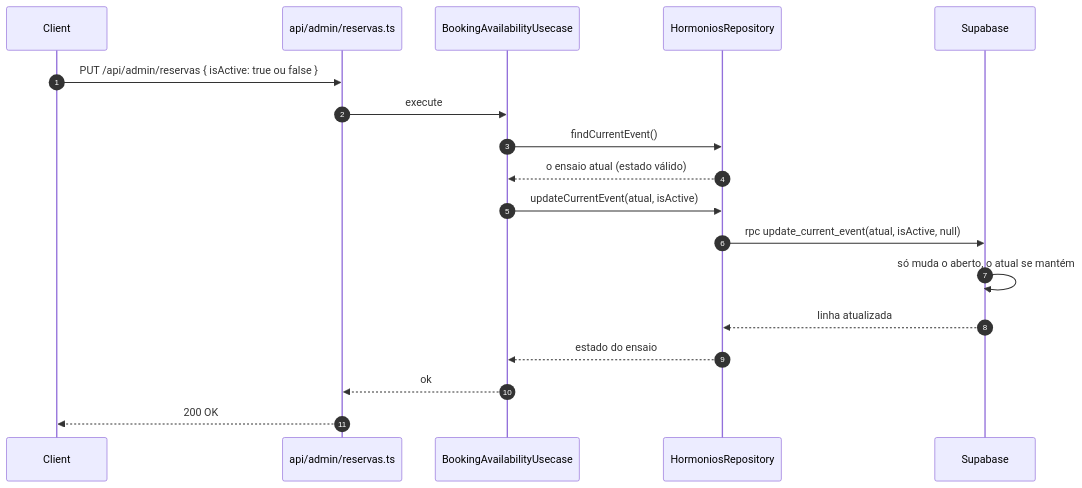
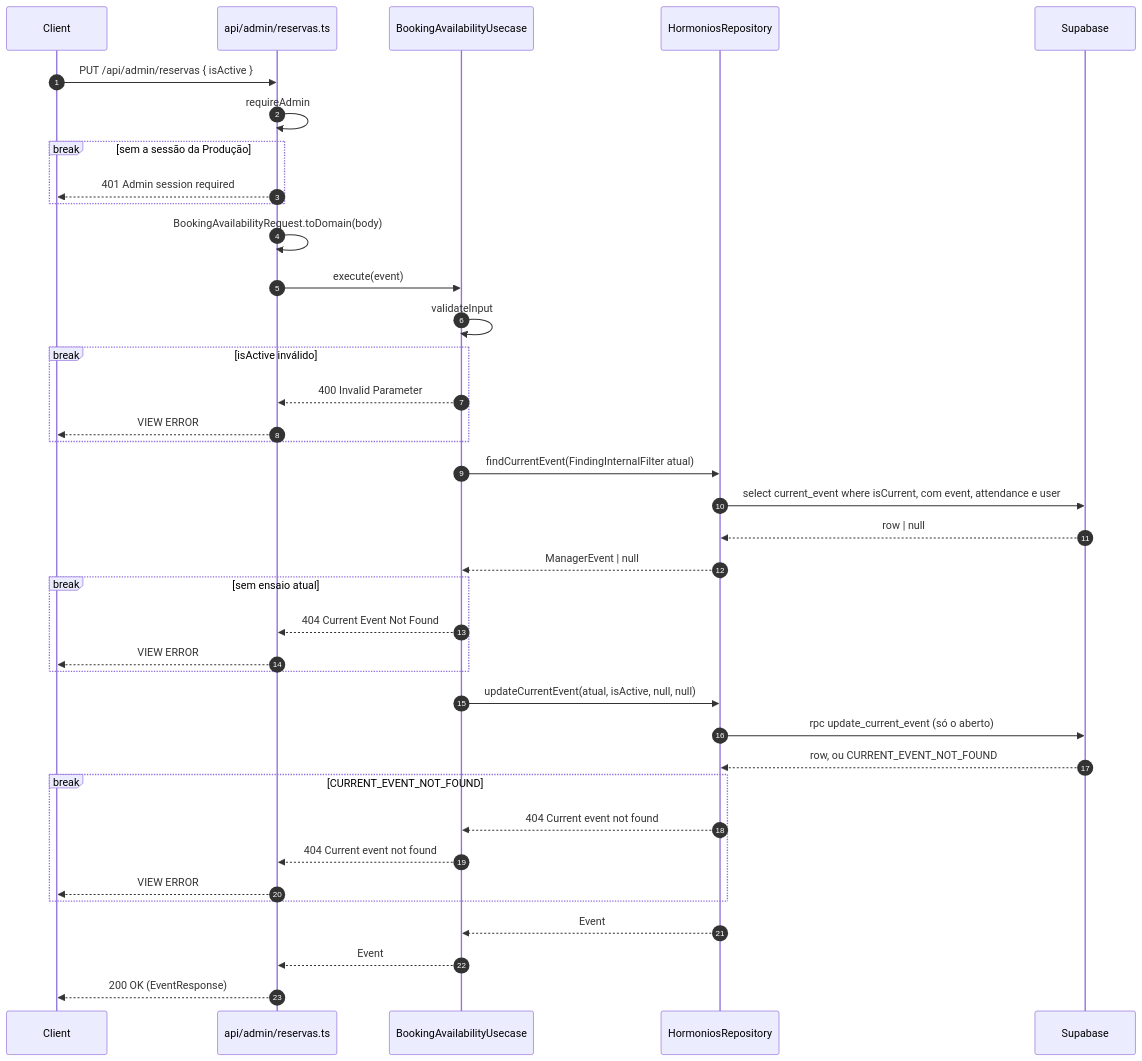
Before and after one commit to brubriele/hormonios-garoa: the fourth of 5 diagrams in docs/usecases/producao.md, drawn with Mermaid. The commit also changed other lines of this file and 4 other files, not shown here.

First line of the commit message:
docs: diagramas de sequência dos usecases no formato da skill sequence-diagram

````diff
--- a/docs/usecases/producao.md
+++ b/docs/usecases/producao.md
@@ -184,21 +270,41 @@
 ```mermaid
 sequenceDiagram
     autonumber
     participant C as Client
     participant APP as api/admin/reservas.ts
     participant UC as BookingAvailabilityUsecase
     participant HR as HormoniosRepository
     participant DB as Supabase
 
-    C->>APP: PUT /api/admin/reservas { isActive: true ou false }
-    APP->>UC: execute
-    UC->>HR: findCurrentEvent()
-    HR-->>UC: o ensaio atual (estado válido)
-    UC->>HR: updateCurrentEvent(atual, isActive)
-    HR->>DB: rpc update_current_event(atual, isActive, null)
-    DB->>DB: só muda o aberto, o atual se mantém
-    DB-->>HR: linha atualizada
-    HR-->>UC: estado do ensaio
-    UC-->>APP: ok
-    APP-->>C: 200 OK
+    C->>APP: PUT /api/admin/reservas { isActive }
+    APP->>APP: requireAdmin
+    break sem a sessão da Produção
+        APP-->>C: 401 Admin session required
+    end
+    APP->>APP: BookingAvailabilityRequest.toDomain(body)
+    APP->>UC: execute(event)
+    UC->>UC: validateInput
+    break isActive inválido
+        UC-->>APP: 400 Invalid Parameter
+        APP-->>C: VIEW ERROR
+    end
+    UC->>HR: findCurrentEvent(FindingInternalFilter atual)
+    HR->>DB: select current_event where isCurrent, com event, attendance e user
+    DB-->>HR: row | null
+    HR-->>UC: ManagerEvent | null
+    break sem ensaio atual
+        UC-->>APP: 404 Current Event Not Found
+        APP-->>C: VIEW ERROR
+    end
+    UC->>HR: updateCurrentEvent(atual, isActive, null, null)
+    HR->>DB: rpc update_current_event (só o aberto)
+    DB-->>HR: row, ou CURRENT_EVENT_NOT_FOUND
+    break CURRENT_EVENT_NOT_FOUND
+        HR-->>UC: 404 Current event not found
+        UC-->>APP: 404 Current event not found
+        APP-->>C: VIEW ERROR
+    end
+    HR-->>UC: Event
+    UC-->>APP: Event
+    APP-->>C: 200 OK (EventResponse)
 ```
````
